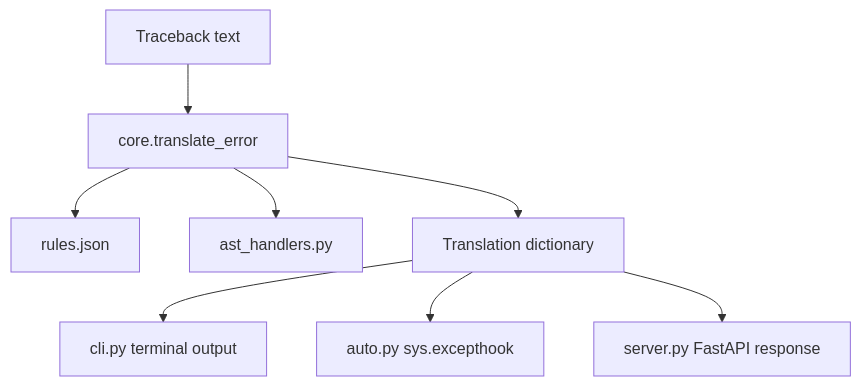
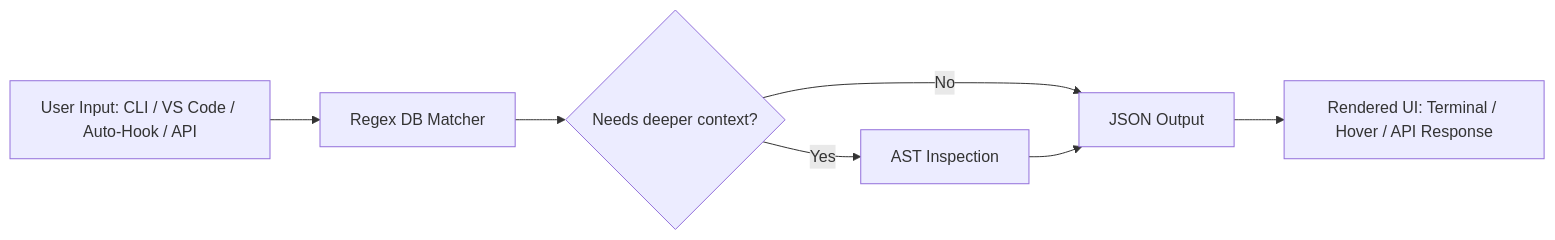
One commit to gourabanandad/error-translator changed the diagram in docs/ARCHITECTURE.md. Above: the diagram before and after it, drawn with Mermaid. The commit also changed other lines of this file and 6 other files, not shown here.

````diff
--- a/docs/ARCHITECTURE.md
+++ b/docs/ARCHITECTURE.md
@@ -14,11 +51,9 @@
-```mermaid
-flowchart TD
-    Input[Traceback text] --> Core[core.translate_error]
-    Core --> Rules[rules.json]
-    Core --> AST[ast_handlers.py]
-    Core --> Result[Translation dictionary]
-
-    Result --> CLI[cli.py terminal output]
-    Result --> Auto[auto.py sys.excepthook]
-    Result --> API[server.py FastAPI response]
-```
+~~~mermaid
+flowchart LR
+    A[User Input: CLI / VS Code / Auto-Hook / API] --> B[Regex DB Matcher]
+    B --> C{Needs deeper context?}
+    C -- No --> D[JSON Output]
+    C -- Yes --> E[AST Inspection]
+    E --> D
+    D --> F[Rendered UI: Terminal / Hover / API Response]
+~~~
````
